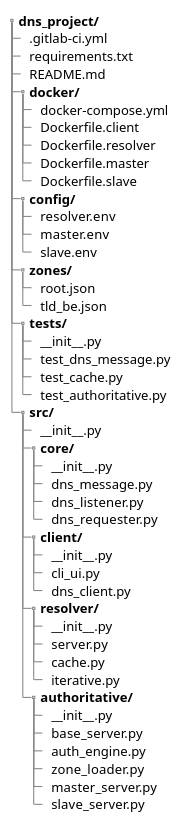
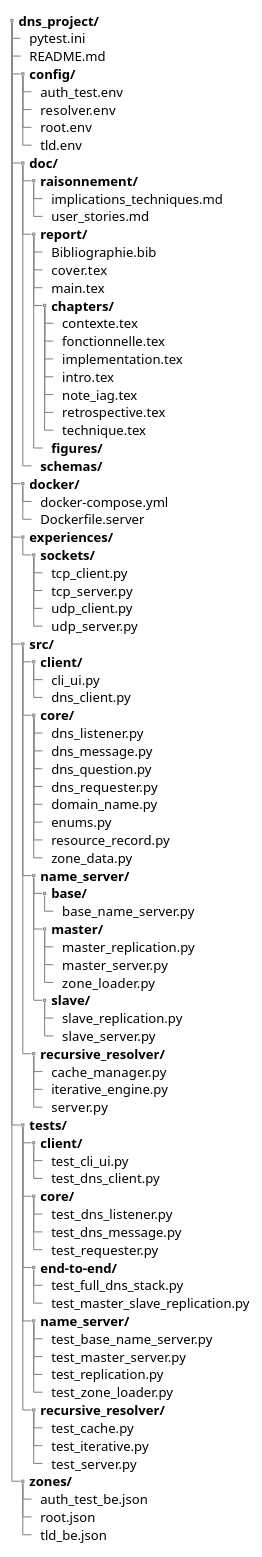
Before and after one commit to StSvedar/padr-DNS: the diagram in doc/schemas/arborescence.plantuml, drawn with PlantUML. The commit also changed 14 other files, not shown here.

```diff
--- a/doc/schemas/arborescence.plantuml
+++ b/doc/schemas/arborescence.plantuml
@@ -1,51 +1,92 @@
 @startsalt
 {
 {T
  + **dns_project/**
- ++ .gitlab-ci.yml
- ++ requirements.txt
+ ++ pytest.ini
  ++ README.md
+ ++ **config/**
+ +++ auth_test.env
+ +++ resolver.env
+ +++ root.env
+ +++ tld.env
+ ++ **doc/**
+ +++ **raisonnement/**
+ ++++ implications_techniques.md
+ ++++ user_stories.md
+ +++ **report/**
+ ++++ Bibliographie.bib
+ ++++ cover.tex
+ ++++ main.tex
+ ++++ **chapters/**
+ +++++ contexte.tex
+ +++++ fonctionnelle.tex
+ +++++ implementation.tex
+ +++++ intro.tex
+ +++++ note_iag.tex
+ +++++ retrospective.tex
+ +++++ technique.tex
+ ++++ **figures/**
+ +++ **schemas/**
  ++ **docker/**
  +++ docker-compose.yml
- +++ Dockerfile.client
- +++ Dockerfile.resolver
- +++ Dockerfile.master
- +++ Dockerfile.slave
- ++ **config/**
- +++ resolver.env
- +++ master.env
- +++ slave.env
+ +++ Dockerfile.server
+ ++ **experiences/**
+ +++ **sockets/**
+ ++++ tcp_client.py
+ ++++ tcp_server.py
+ ++++ udp_client.py
+ ++++ udp_server.py
+ ++ **src/**
+ +++ **client/**
+ ++++ cli_ui.py
+ ++++ dns_client.py
+ +++ **core/**
+ ++++ dns_listener.py
+ ++++ dns_message.py
+ ++++ dns_question.py
+ ++++ dns_requester.py
+ ++++ domain_name.py
+ ++++ enums.py
+ ++++ resource_record.py
+ ++++ zone_data.py
+ +++ **name_server/**
+ ++++ **base/**
+ +++++ base_name_server.py
+ ++++ **master/**
+ +++++ master_replication.py
+ +++++ master_server.py
+ +++++ zone_loader.py
+ ++++ **slave/**
+ +++++ slave_replication.py
+ +++++ slave_server.py
+ +++ **recursive_resolver/**
+ ++++ cache_manager.py
+ ++++ iterative_engine.py
+ ++++ server.py
+ ++ **tests/**
+ +++ **client/**
+ ++++ test_cli_ui.py
+ ++++ test_dns_client.py
+ +++ **core/**
+ ++++ test_dns_listener.py
+ ++++ test_dns_message.py
+ ++++ test_requester.py
+ +++ **end-to-end/**
+ ++++ test_full_dns_stack.py
+ ++++ test_master_slave_replication.py
+ +++ **name_server/**
+ ++++ test_base_name_server.py
+ ++++ test_master_server.py
+ ++++ test_replication.py
+ ++++ test_zone_loader.py
+ +++ **recursive_resolver/**
+ ++++ test_cache.py
+ ++++ test_iterative.py
+ ++++ test_server.py
  ++ **zones/**
+ +++ auth_test_be.json
  +++ root.json
  +++ tld_be.json
- ++ **tests/**
- +++ ~__init__.py
- +++ test_dns_message.py
- +++ test_cache.py
- +++ test_authoritative.py
- ++ **src/**
- +++ ~__init__.py
- +++ **core/**
- ++++ ~__init__.py
- ++++ dns_message.py
- ++++ dns_listener.py
- ++++ dns_requester.py
- +++ **client/**
- ++++ ~__init__.py
- ++++ cli_ui.py
- ++++ dns_client.py
- +++ **resolver/**
- ++++ ~__init__.py
- ++++ server.py
- ++++ cache.py
- ++++ iterative.py
- +++ **authoritative/**
- ++++ ~__init__.py
- ++++ base_server.py
- ++++ auth_engine.py
- ++++ zone_loader.py
- ++++ master_server.py
- ++++ slave_server.py
 }
 }
 @endsalt
```
